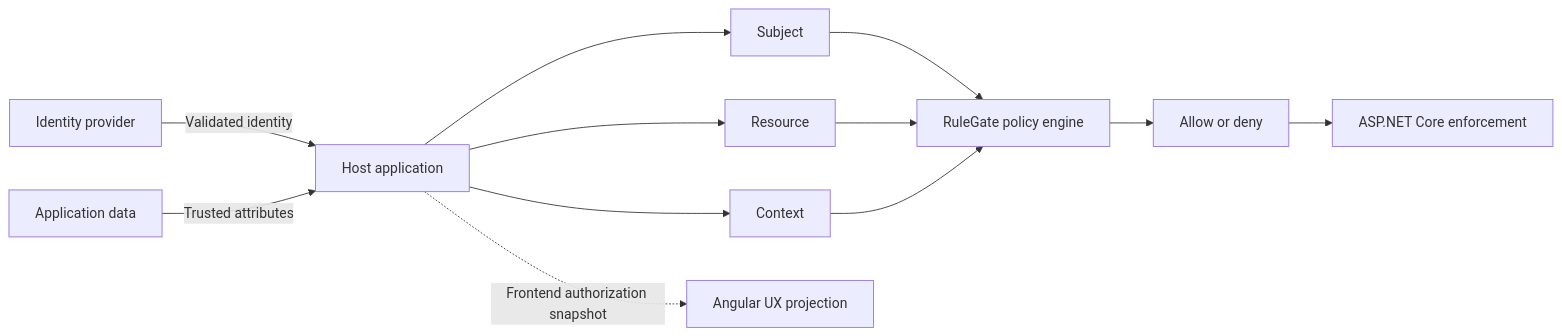
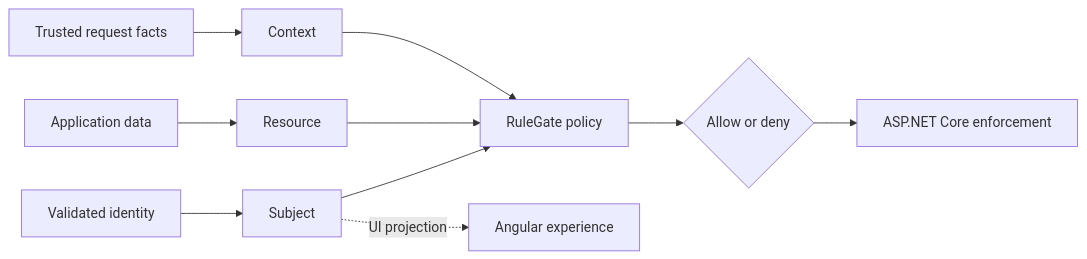
The diagram in README.md (fotbiler-lab/rulegate), drawn with Mermaid before and after one commit. The commit also changed other lines of this file and 33 other files, not shown here.

First line of the commit message:
docs: add comprehensive RuleGate guide and wiki (#71)

````diff
--- a/README.md
+++ b/README.md
@@ -50,14 +47,12 @@
 ```mermaid
 flowchart LR
-    IdP[Identity provider] -->|Validated identity| Host[Host application]
-    Data[Application data] -->|Trusted attributes| Host
-    Host --> Subject[Subject]
-    Host --> Resource[Resource]
-    Host --> Context[Context]
-    Subject --> Engine[RuleGate policy engine]
-    Resource --> Engine
-    Context --> Engine
-    Engine --> Decision[Allow or deny]
-    Decision --> API[ASP.NET Core enforcement]
-    Host -. Frontend authorization snapshot .-> UI[Angular UX projection]
+    A[Validated identity] --> B[Subject]
+    C[Application data] --> D[Resource]
+    E[Trusted request facts] --> F[Context]
+    B --> G[RuleGate policy]
+    D --> G
+    F --> G
+    G --> H{Allow or deny}
+    H --> I[ASP.NET Core enforcement]
+    B -. UI projection .-> J[Angular experience]
 ```
````
